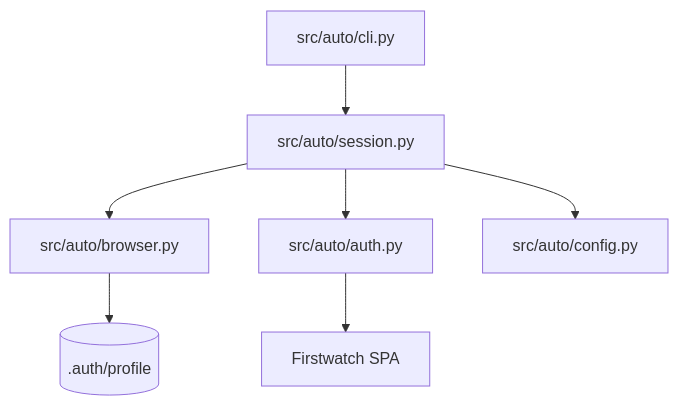
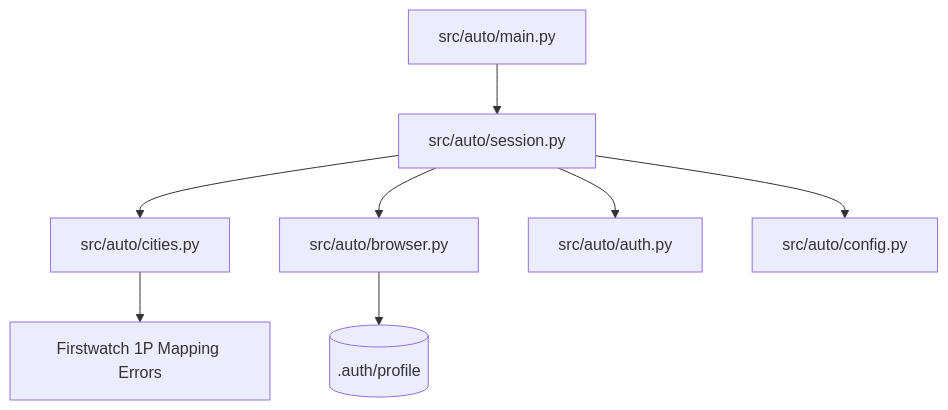
One commit to 87655465rt67y/auto changed the diagram in docs/ARCHITECTURE.md. Above: the diagram before and after it, drawn with Mermaid. The commit also changed other lines of this file and 13 other files, not shown here.

Commit message:
feat: add playwright automation package for resolving firstwatch city mapping errors

````diff
--- a/docs/ARCHITECTURE.md
+++ b/docs/ARCHITECTURE.md
@@ -6,9 +6,10 @@
 ```mermaid
 graph TD
-    CLI[src/auto/cli.py] --> Session[src/auto/session.py]
+    Main[src/auto/main.py] --> Session[src/auto/session.py]
+    Session --> Cities[src/auto/cities.py]
     Session --> Browser[src/auto/browser.py]
     Session --> Auth[src/auto/auth.py]
     Session --> Config[src/auto/config.py]
     Browser --> Storage[(.auth/profile)]
-    Auth --> App[Firstwatch SPA]
+    Cities --> App[Firstwatch 1P Mapping Errors]
 ```
````
